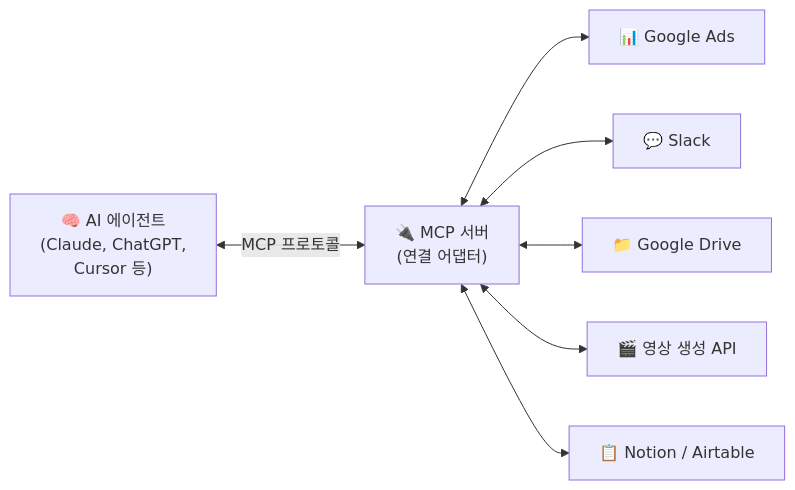
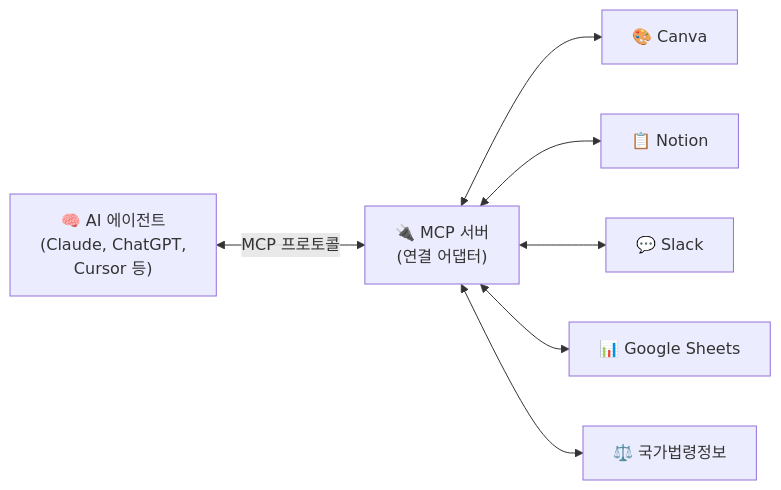
The diagram in docs/lectures/260715_mcp_video.md (haepada-o/260600_ai_edu), drawn with Mermaid before and after one commit. The commit also changed other lines of this file and 4 other files, not shown here.

````diff
--- a/docs/lectures/260715_mcp_video.md
+++ b/docs/lectures/260715_mcp_video.md
@@ -55,9 +39,9 @@
 ```mermaid
 flowchart LR
     A["🧠 AI 에이전트\n(Claude, ChatGPT,\nCursor 등)"] <-->|MCP 프로토콜| B["🔌 MCP 서버\n(연결 어댑터)"]
-    B <--> C["📊 Google Ads"]
-    B <--> D["💬 Slack"]
-    B <--> E["📁 Google Drive"]
-    B <--> F["🎬 영상 생성 API"]
-    B <--> G["📋 Notion / Airtable"]
+    B <--> C["🎨 Canva"]
+    B <--> D["📋 Notion"]
+    B <--> E["💬 Slack"]
+    B <--> F["📊 Google Sheets"]
+    B <--> G["⚖️ 국가법령정보"]
 ```
````
